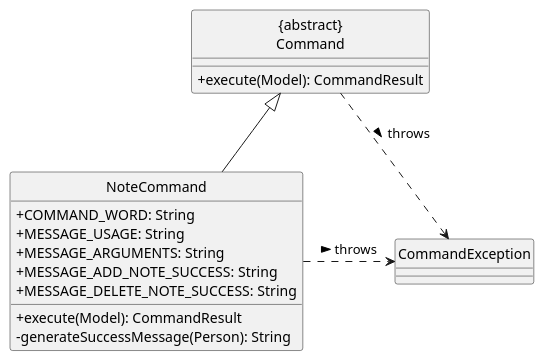
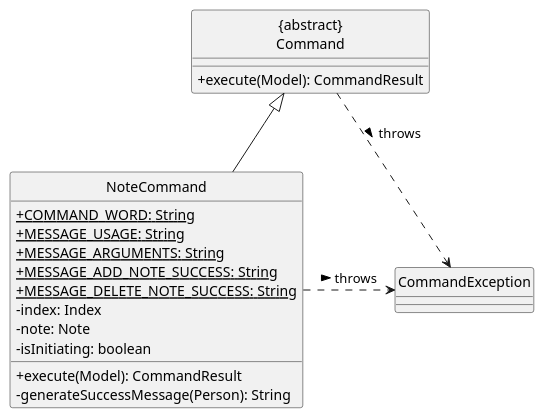
Before and after one commit to ashmitahaldar/tp: the diagram in docs/diagrams/add-remark/NoteClass.puml, drawn with PlantUML.

Commit message:
Fix UML diagram convention violations

```diff
--- a/docs/diagrams/add-remark/NoteClass.puml
+++ b/docs/diagrams/add-remark/NoteClass.puml
@@ -1,22 +1,25 @@
 @startuml
 hide circle
 skinparam classAttributeIconSize 0
 
 Class "{abstract}\nCommand" as Command {
   +execute(Model): CommandResult
 }
 Class NoteCommand {
-  +COMMAND_WORD: String
-  +MESSAGE_USAGE: String
-  +MESSAGE_ARGUMENTS: String
-  +MESSAGE_ADD_NOTE_SUCCESS: String
-  +MESSAGE_DELETE_NOTE_SUCCESS: String
+  <u>+COMMAND_WORD: String
+  <u>+MESSAGE_USAGE: String
+  <u>+MESSAGE_ARGUMENTS: String
+  <u>+MESSAGE_ADD_NOTE_SUCCESS: String
+  <u>+MESSAGE_DELETE_NOTE_SUCCESS: String
+  -index: Index
+  -note: Note
+  -isInitiating: boolean
   +execute(Model): CommandResult
   -generateSuccessMessage(Person): String
 }
 Class CommandException
 
 NoteCommand -up-|> Command
 Command ..> CommandException: throws >
 NoteCommand .right.> CommandException: throws >
 @enduml
```
